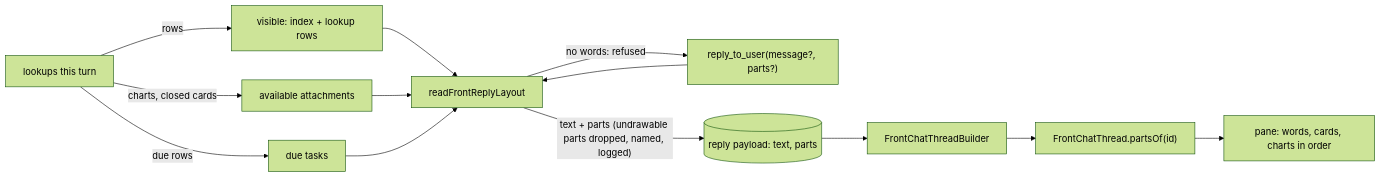
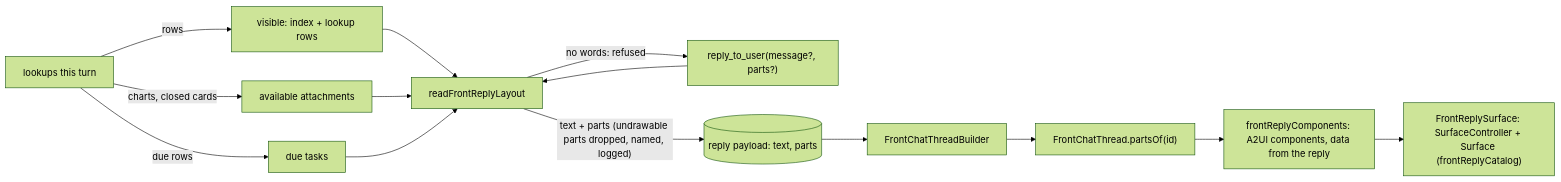
The tenth of 14 diagrams in knowledge/features/front_agent.md (matthiasn/lotti), drawn with Mermaid (forest theme) before and after one commit. The commit also changed other lines of this file and 17 other files, not shown here.

Commit message:
feat(front-agent): her reply renders as a GenUI surface; the evolution bridge draws nothing it was not asked for

````diff
--- a/knowledge/features/front_agent.md
+++ b/knowledge/features/front_agent.md
@@ -1374,13 +1402,14 @@
 ```mermaid
 flowchart LR
   L[lookups this turn] -->|rows| V[visible: index + lookup rows]
   L -->|charts, closed cards| A[available attachments]
   L -->|due rows| D[due tasks]
   M["reply_to_user(message?, parts?)"] --> R[readFrontReplyLayout]
   V & A & D --> R
   R -->|no words: refused| M
   R -->|"text + parts (undrawable parts dropped, named, logged)"| P[(reply payload: text, parts)]
   P --> B[FrontChatThreadBuilder]
   B --> T["FrontChatThread.partsOf(id)"]
-  T --> S[pane: words, cards, charts in order]
+  T --> C["frontReplyComponents: A2UI components, data from the reply"]
+  C --> G["FrontReplySurface: SurfaceController + Surface (frontReplyCatalog)"]
 ```
````
